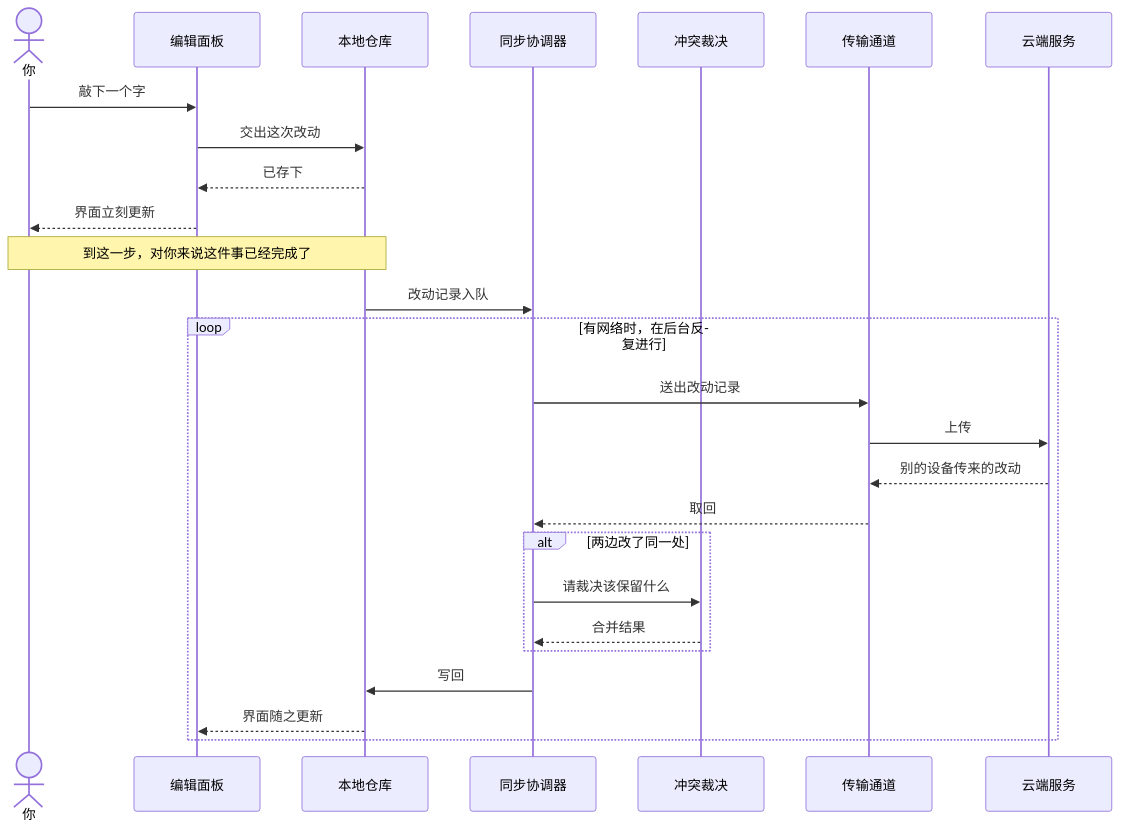
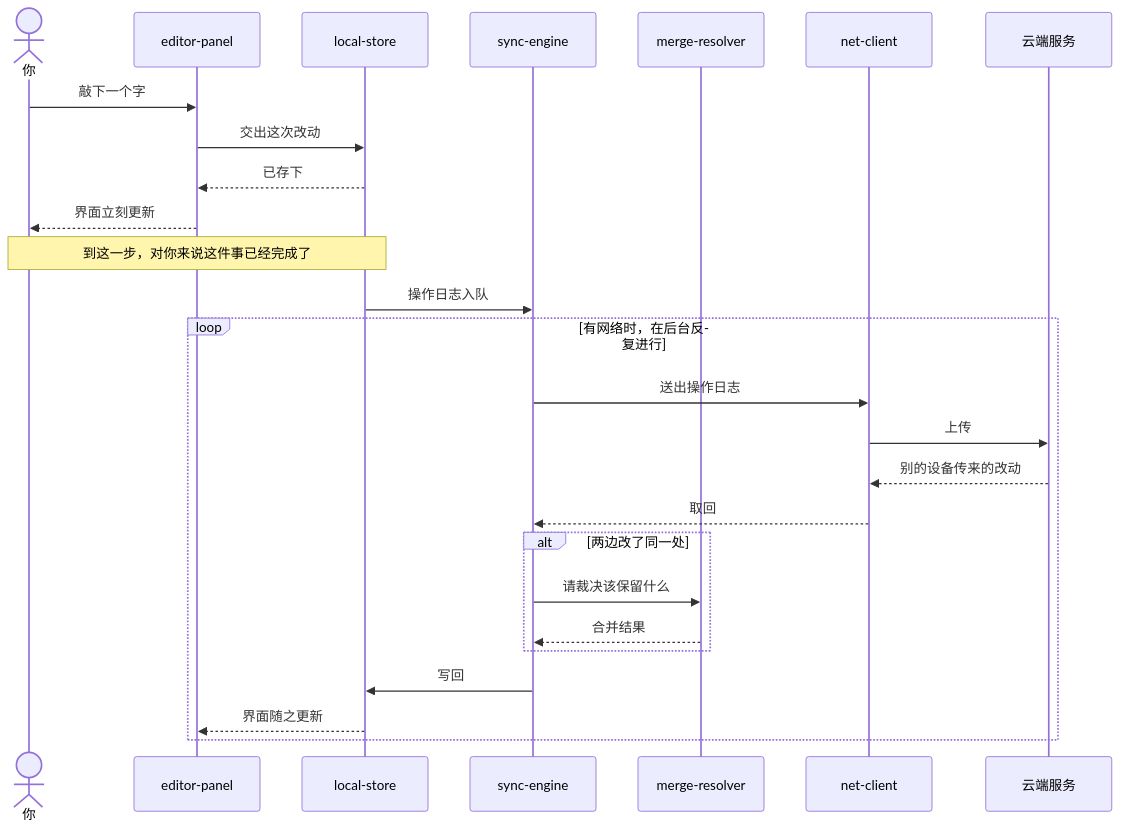
One commit to Bluezeamer/bluezer_devops changed the second of 2 diagrams in skills/project-tour/examples/sample-tour.md. Above: the diagram before and after it, drawn with Mermaid. The commit also changed other lines of this file and 3 other files, not shown here.

First line of the commit message:
名称就地绑定，四小节固定为 schema

````diff
--- a/skills/project-tour/examples/sample-tour.md
+++ b/skills/project-tour/examples/sample-tour.md
@@ -53,30 +53,30 @@
 ```mermaid
 sequenceDiagram
     actor 你
-    participant 编辑面板
-    participant 本地仓库
-    participant 同步协调器
-    participant 冲突裁决
-    participant 传输通道
+    participant editor-panel
+    participant local-store
+    participant sync-engine
+    participant merge-resolver
+    participant net-client
     participant 云端服务
 
-    你->>编辑面板: 敲下一个字
-    编辑面板->>本地仓库: 交出这次改动
-    本地仓库-->>编辑面板: 已存下
-    编辑面板-->>你: 界面立刻更新
-    Note over 你,本地仓库: 到这一步，对你来说这件事已经完成了
+    你->>editor-panel: 敲下一个字
+    editor-panel->>local-store: 交出这次改动
+    local-store-->>editor-panel: 已存下
+    editor-panel-->>你: 界面立刻更新
+    Note over 你,local-store: 到这一步，对你来说这件事已经完成了
 
-    本地仓库->>同步协调器: 改动记录入队
+    local-store->>sync-engine: 操作日志入队
     loop 有网络时，在后台反复进行
-        同步协调器->>传输通道: 送出改动记录
-        传输通道->>云端服务: 上传
-        云端服务-->>传输通道: 别的设备传来的改动
-        传输通道-->>同步协调器: 取回
+        sync-engine->>net-client: 送出操作日志
+        net-client->>云端服务: 上传
+        云端服务-->>net-client: 别的设备传来的改动
+        net-client-->>sync-engine: 取回
         alt 两边改了同一处
-            同步协调器->>冲突裁决: 请裁决该保留什么
-            冲突裁决-->>同步协调器: 合并结果
+            sync-engine->>merge-resolver: 请裁决该保留什么
+            merge-resolver-->>sync-engine: 合并结果
         end
-        同步协调器->>本地仓库: 写回
-        本地仓库-->>编辑面板: 界面随之更新
+        sync-engine->>local-store: 写回
+        local-store-->>editor-panel: 界面随之更新
     end
 ```
````
